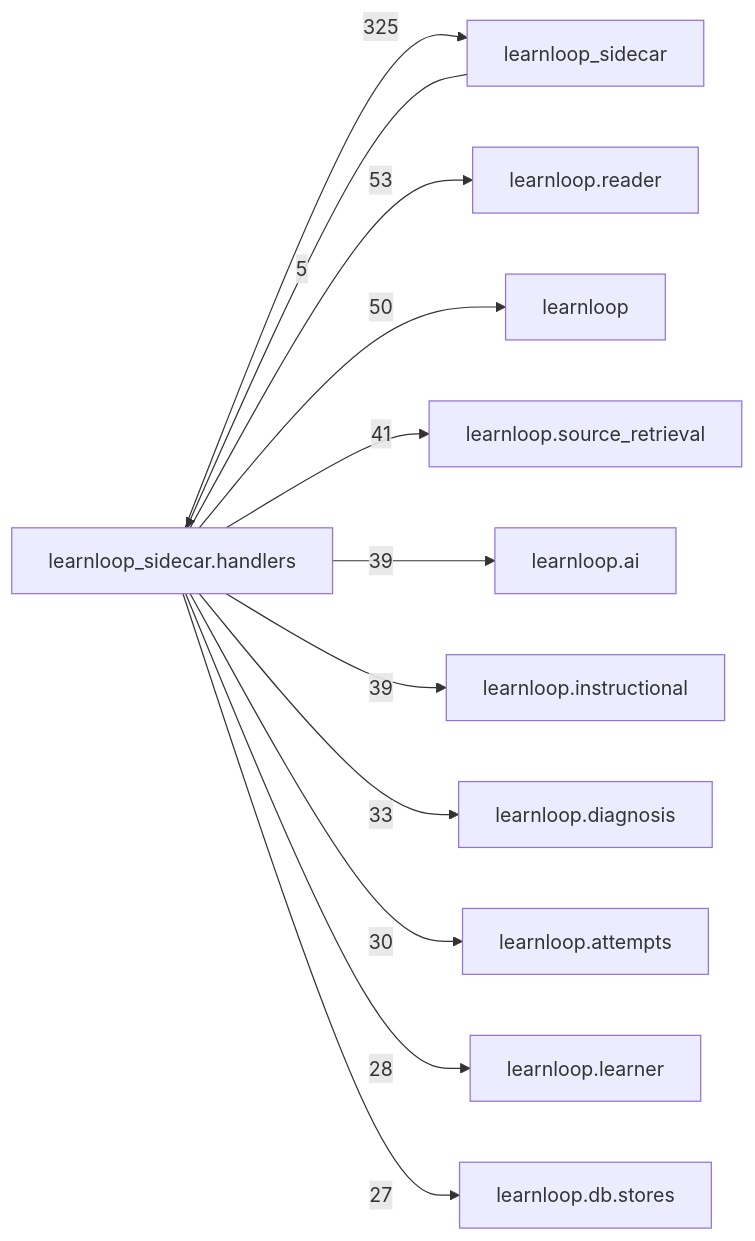
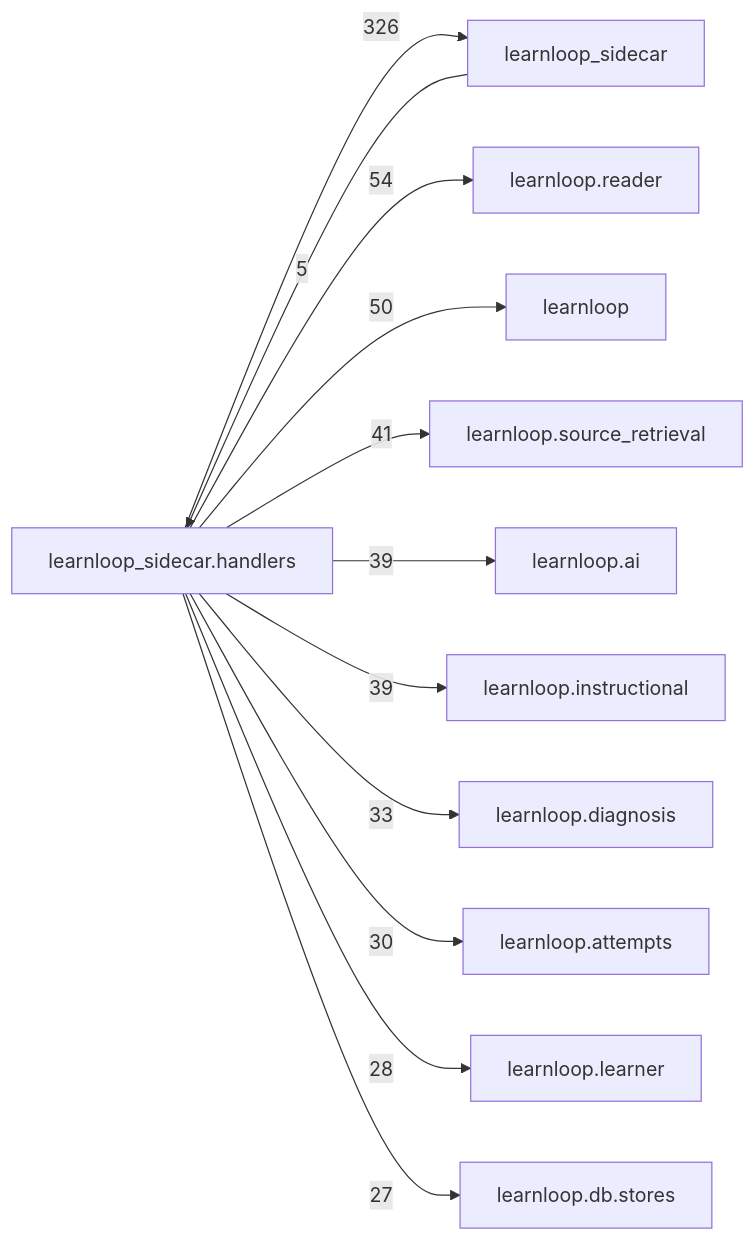
One commit to 6up-b/learnanything changed the diagram in docs/learnloop-architecture-vault/Reference/Modules/learnloop_sidecar/handlers/_package.md. Above: the diagram before and after it, drawn with Mermaid. The commit also changed other lines of this file and 122 other files, not shown here.

````diff
--- a/docs/learnloop-architecture-vault/Reference/Modules/learnloop_sidecar/handlers/_package.md
+++ b/docs/learnloop-architecture-vault/Reference/Modules/learnloop_sidecar/handlers/_package.md
@@ -260,25 +260,25 @@
 ```mermaid
 flowchart LR
     center["learnloop_sidecar.handlers"]
     n_learnloop_sidecar["learnloop_sidecar"]
     n_learnloop_reader["learnloop.reader"]
     n_learnloop["learnloop"]
     n_learnloop_source_retrieval["learnloop.source_retrieval"]
     n_learnloop_ai["learnloop.ai"]
     n_learnloop_instructional["learnloop.instructional"]
     n_learnloop_diagnosis["learnloop.diagnosis"]
     n_learnloop_attempts["learnloop.attempts"]
     n_learnloop_learner["learnloop.learner"]
     n_learnloop_db_stores["learnloop.db.stores"]
     n_learnloop_sidecar -->|5| center
-    center -->|325| n_learnloop_sidecar
-    center -->|53| n_learnloop_reader
+    center -->|326| n_learnloop_sidecar
+    center -->|54| n_learnloop_reader
     center -->|50| n_learnloop
     center -->|41| n_learnloop_source_retrieval
     center -->|39| n_learnloop_ai
     center -->|39| n_learnloop_instructional
     center -->|33| n_learnloop_diagnosis
     center -->|30| n_learnloop_attempts
     center -->|28| n_learnloop_learner
     center -->|27| n_learnloop_db_stores
 ```
````
